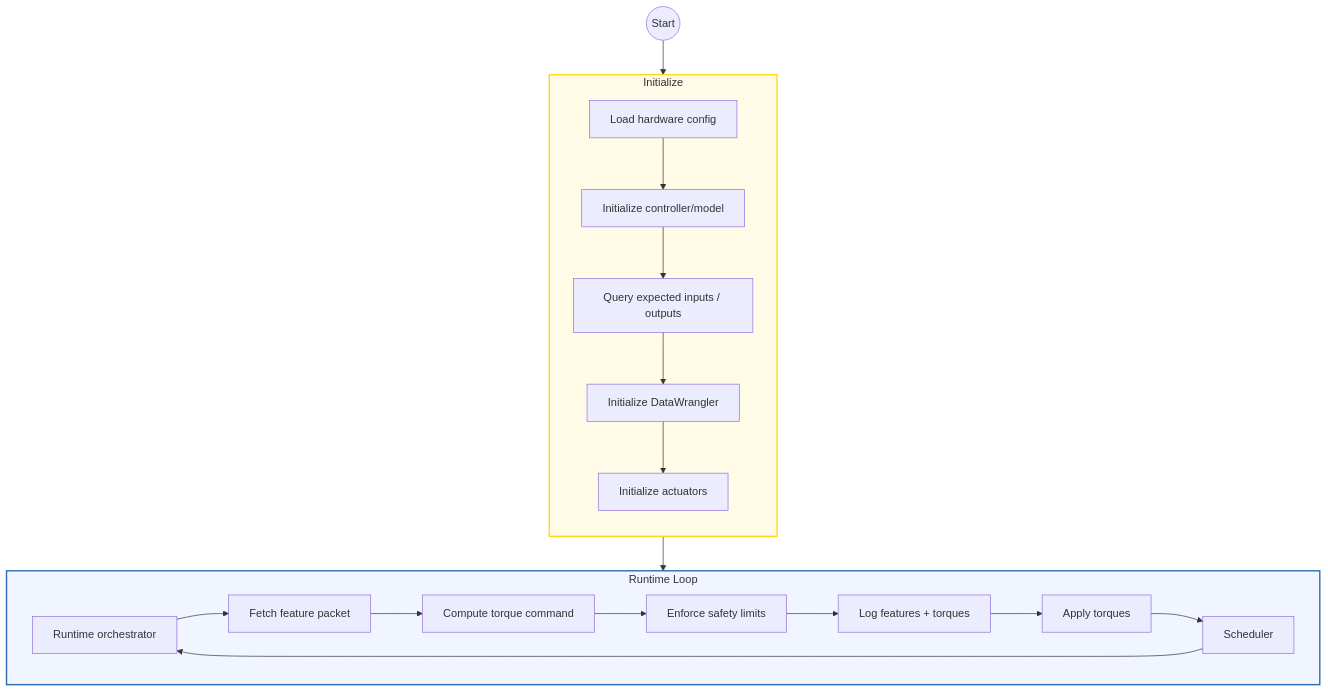
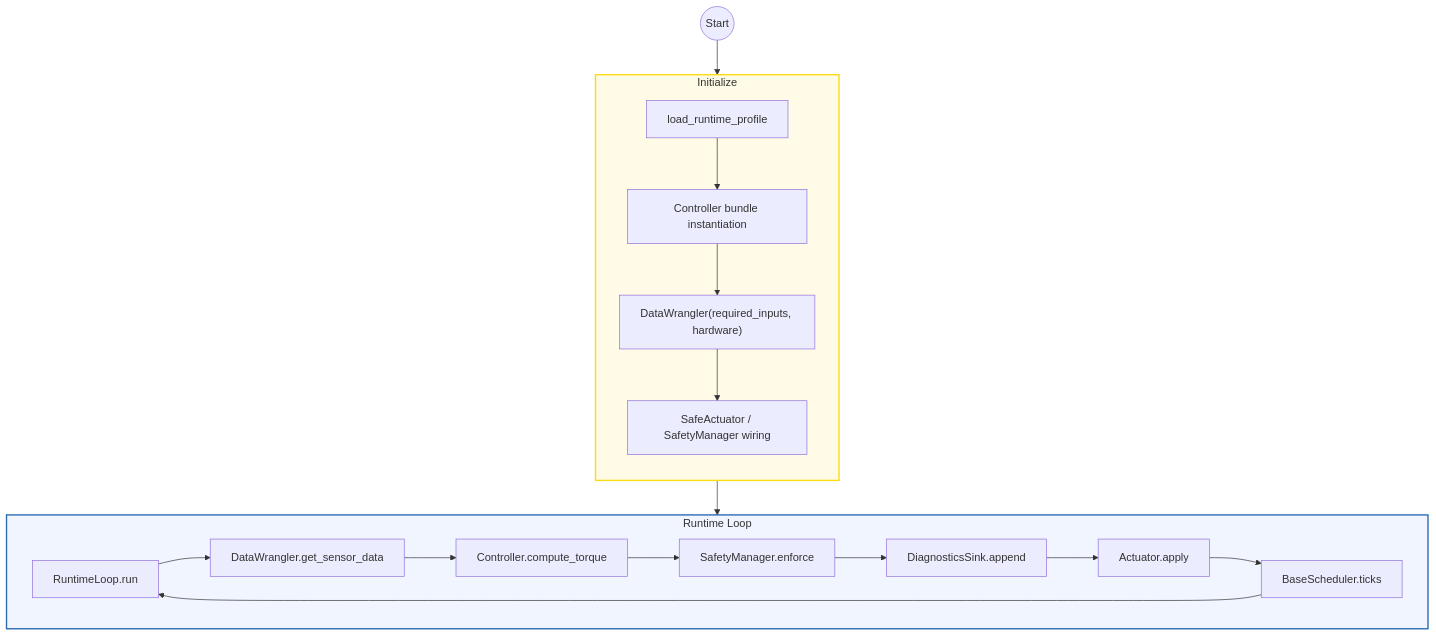
The first of 6 diagrams in docs/architecture.md (jmontp/raspberry-pi-controller-runtime), drawn with Mermaid before and after one commit. The commit also changed other lines of this file and 2 other files, not shown here.

Commit message:
Architecture document settled, going to start implementing now

````diff
--- a/docs/architecture.md
+++ b/docs/architecture.md
@@ -22,26 +22,25 @@
 ```mermaid
 flowchart TD
-    start((Start)) --> I0["Load hardware config"]
+    start((Start)) --> I0["load_runtime_profile"]
     subgraph Init ["Initialize"]
         direction TB
-        I0 --> I1["Initialize controller/model"]
-        I1 --> I2["Query expected inputs / outputs"]
-        I2 --> I3["Initialize DataWrangler"]
-        I3 --> I4["Initialize actuators"]
+        I0 --> I1["Controller bundle instantiation"]
+        I1 --> I2["DataWrangler(required_inputs, hardware)"]
+        I2 --> I3["SafeActuator / SafetyManager wiring"]
     end
     style Init fill:#fffbe6,stroke:#fadb14,stroke-width:2px
 
     subgraph RuntimeLoop ["Runtime Loop"]
         direction LR
-        R0["Runtime orchestrator"] --> R1["Fetch feature packet"]
-        R1 --> R2["Compute torque command"]
-        R2 --> R3["Enforce safety limits"]
-        R3 --> Rlog["Log features + torques"]
-        Rlog --> R4["Apply torques"]
-        R4 --> T["Scheduler"]
+        R0["RuntimeLoop.run"] --> R1["DataWrangler.get_sensor_data"]
+        R1 --> R2["Controller.compute_torque"]
+        R2 --> R3["SafetyManager.enforce"]
+        R3 --> Rlog["DiagnosticsSink.append"]
+        Rlog --> R4["Actuator.apply"]
+        R4 --> T["BaseScheduler.ticks"]
         T --> R0
     end
     style RuntimeLoop fill:#f0f5ff,stroke:#2b6cb0,stroke-width:2px
 
-    I4 --> R0
+    I3 --> R0
 ```
````
